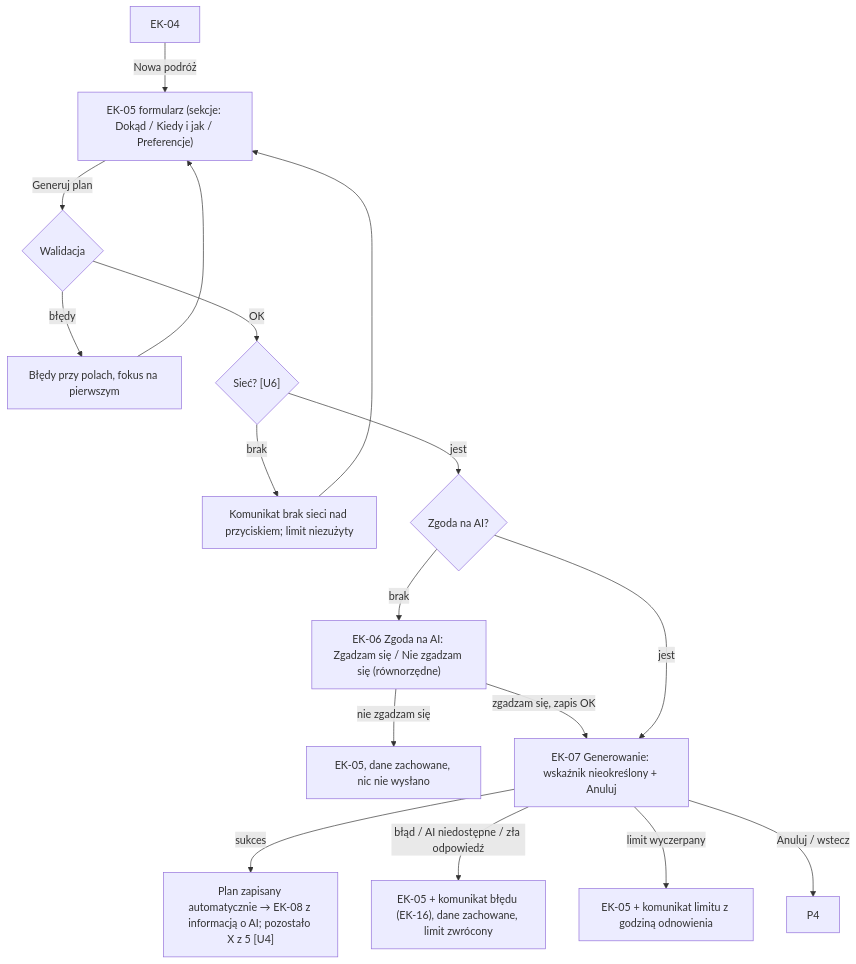
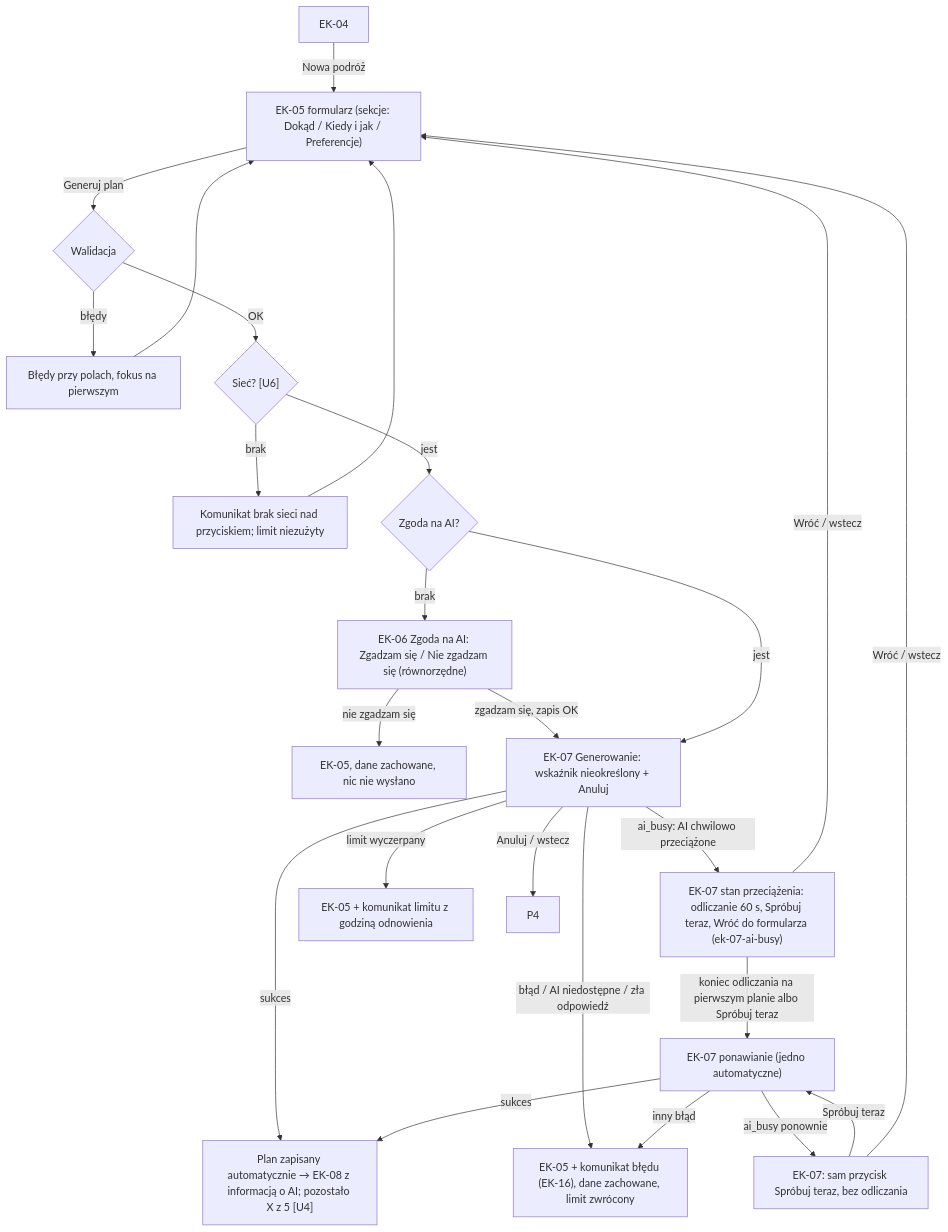
One commit to tadecode/tamitu changed the fourth of 11 diagrams in docs/ux/flows.md. Above: the diagram before and after it, drawn with Mermaid. The commit also changed 11 other files, not shown here.

First line of the commit message:
docs(ux): TAM-98 – stan EK-07 „asystent AI przeciążony” (ai_busy)

````diff
--- a/docs/ux/flows.md
+++ b/docs/ux/flows.md
@@ -74,17 +74,25 @@
 ```mermaid
 flowchart TD
   A["EK-04"] -->|Nowa podróż| B["EK-05 formularz (sekcje: Dokąd / Kiedy i jak / Preferencje)"]
   B -->|Generuj plan| V{"Walidacja"}
   V -->|błędy| B2["Błędy przy polach, fokus na pierwszym"] --> B
   V -->|OK| N{"Sieć? [U6]"}
   N -->|brak| B3["Komunikat brak sieci nad przyciskiem; limit niezużyty"] --> B
   N -->|jest| Z{"Zgoda na AI?"}
   Z -->|brak| C["EK-06 Zgoda na AI: Zgadzam się / Nie zgadzam się (równorzędne)"]
   C -->|nie zgadzam się| B4["EK-05, dane zachowane, nic nie wysłano"]
   C -->|zgadzam się, zapis OK| G
   Z -->|jest| G["EK-07 Generowanie: wskaźnik nieokreślony + Anuluj"]
   G -->|sukces| P["Plan zapisany automatycznie → EK-08 z informacją o AI; pozostało X z 5 [U4]"]
   G -->|błąd / AI niedostępne / zła odpowiedź| E1["EK-05 + komunikat błędu (EK-16), dane zachowane, limit zwrócony"]
+  G -->|ai_busy: AI chwilowo przeciążone| BZ["EK-07 stan przeciążenia: odliczanie 60 s, Spróbuj teraz, Wróć do formularza (ek-07-ai-busy)"]
+  BZ -->|koniec odliczania na pierwszym planie albo Spróbuj teraz| G2["EK-07 ponawianie (jedno automatyczne)"]
+  BZ -->|Wróć / wstecz| B
+  G2 -->|ai_busy ponownie| BM["EK-07: sam przycisk Spróbuj teraz, bez odliczania"]
+  BM -->|Spróbuj teraz| G2
+  BM -->|Wróć / wstecz| B
+  G2 -->|sukces| P
+  G2 -->|inny błąd| E1
   G -->|limit wyczerpany| E2["EK-05 + komunikat limitu z godziną odnowienia"]
   G -->|Anuluj / wstecz| P4["P4"]
 ```
````
